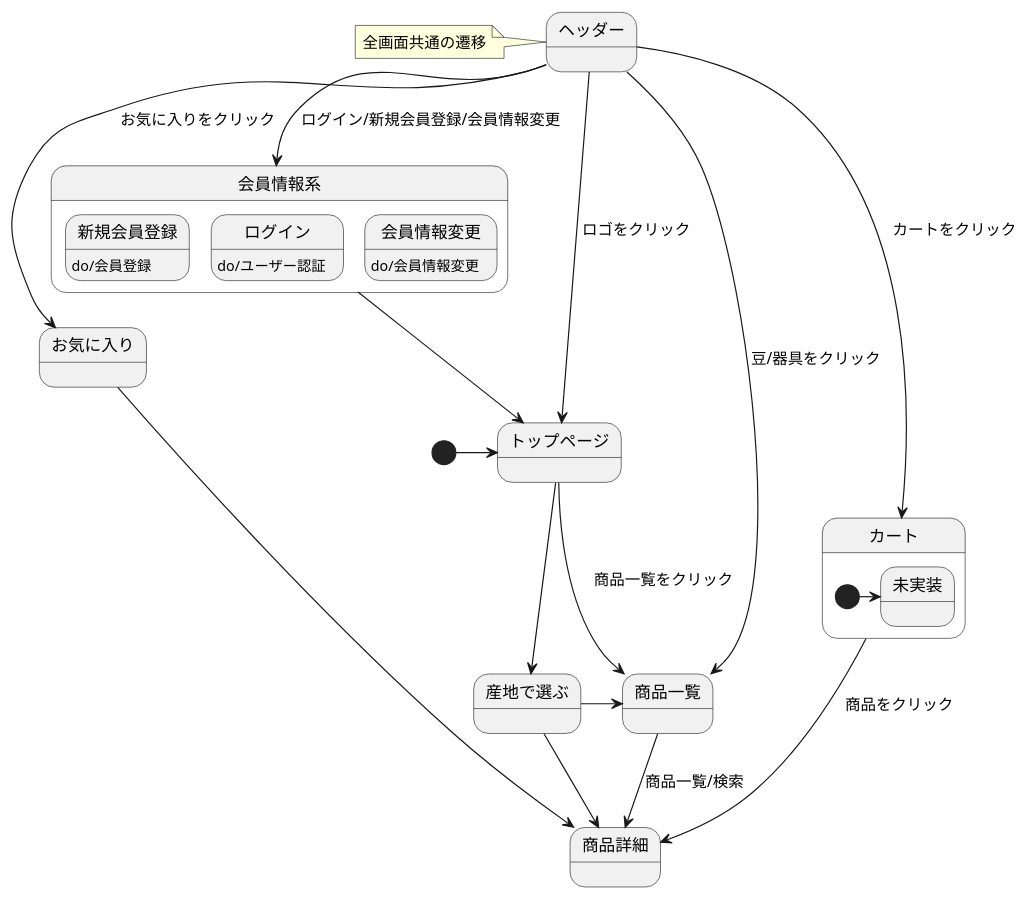
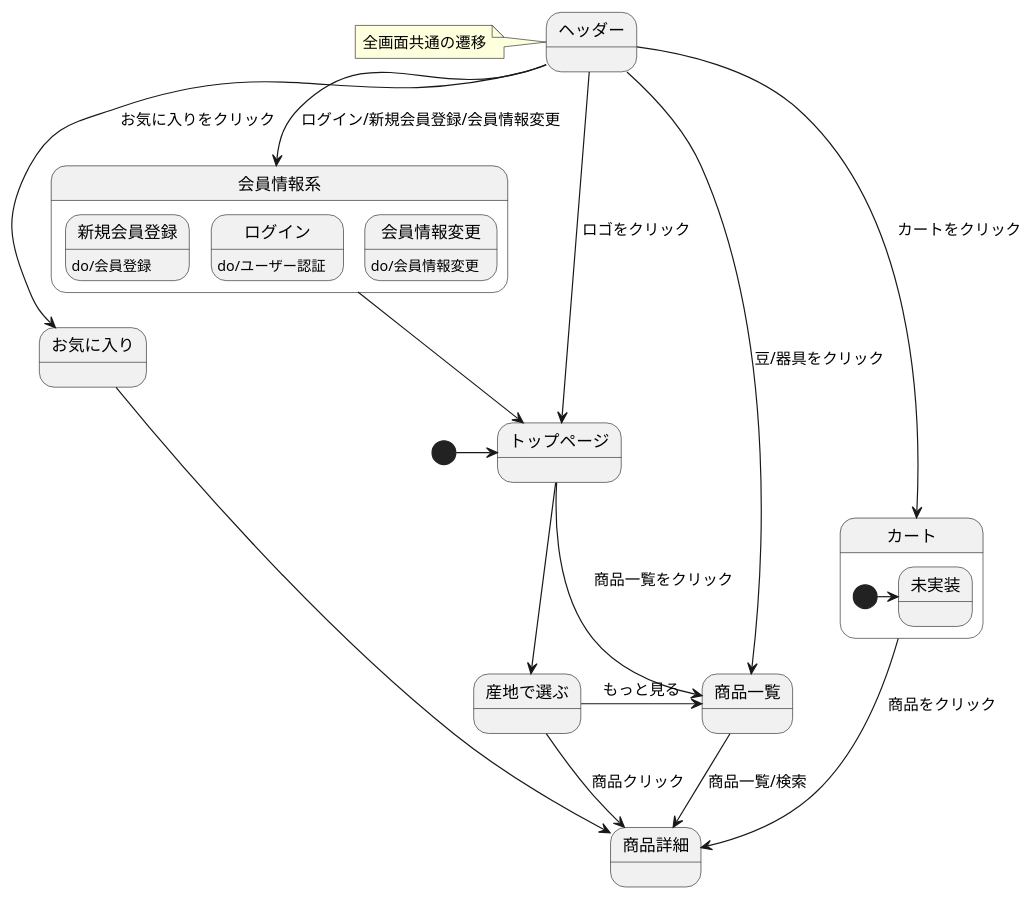
The diagram in 03_画面遷移図/stm_03.md (Aso2101122/coffeeEC), drawn with PlantUML before and after one commit.

````diff
--- a/03_画面遷移図/stm_03.md
+++ b/03_画面遷移図/stm_03.md
@@ -2,34 +2,34 @@
 ```uml
 @startuml
 [*]-right->トップページ
 トップページ-right->商品一覧: 商品一覧をクリック
 トップページ-->産地で選ぶ
-産地で選ぶ-right->商品一覧
-産地で選ぶ-down->商品詳細
+産地で選ぶ-right->商品一覧 : もっと見る
+産地で選ぶ-down->商品詳細 : 商品クリック
 商品一覧->商品詳細: 商品一覧/検索
 お気に入り-right->商品詳細
 カート->商品詳細: 商品をクリック
 
 state ヘッダー{
 }
 note left of ヘッダー: 全画面共通の遷移
 
 
 ヘッダー-down->トップページ: ロゴをクリック
 ヘッダー-down->商品一覧: 豆/器具をクリック
 ヘッダー-down->会員情報系: ログイン/新規会員登録/会員情報変更
 ヘッダー-down->お気に入り: お気に入りをクリック
 ヘッダー-down->カート: カートをクリック
 
 state 会員情報系{
 新規会員登録 : do/会員登録
 ログイン : do/ユーザー認証
 会員情報変更 : do/会員情報変更
 }
 会員情報系-down->トップページ
 
 state カート{
 [*]-right->未実装
 }
 @enduml
 ```
````
